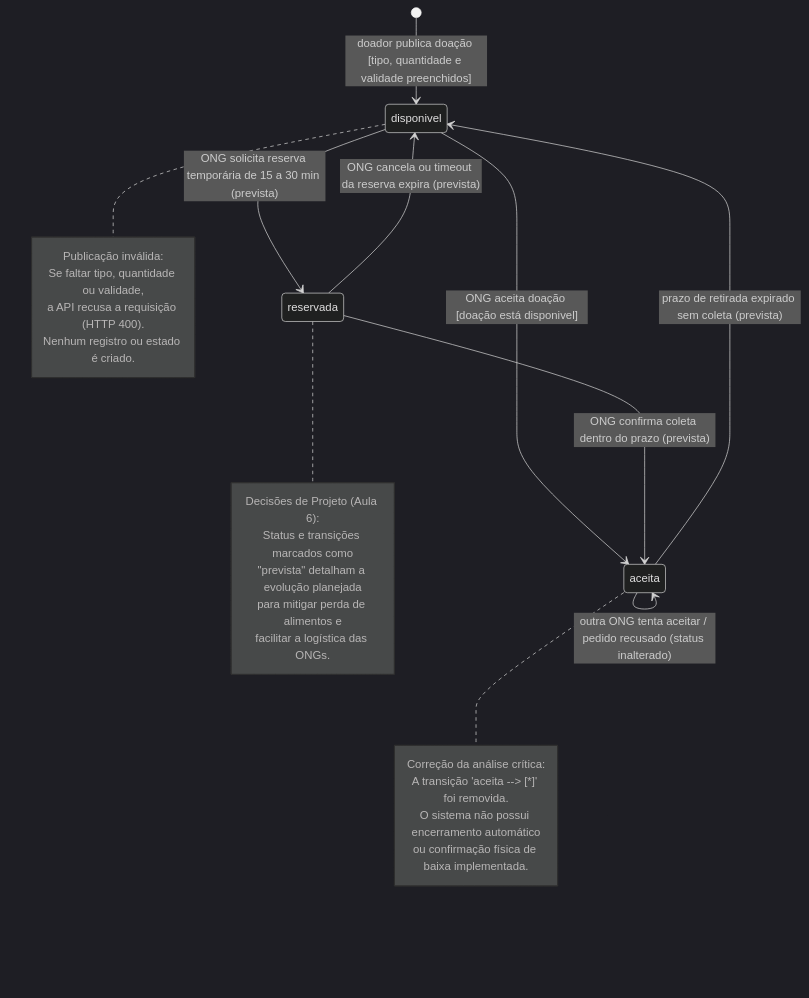
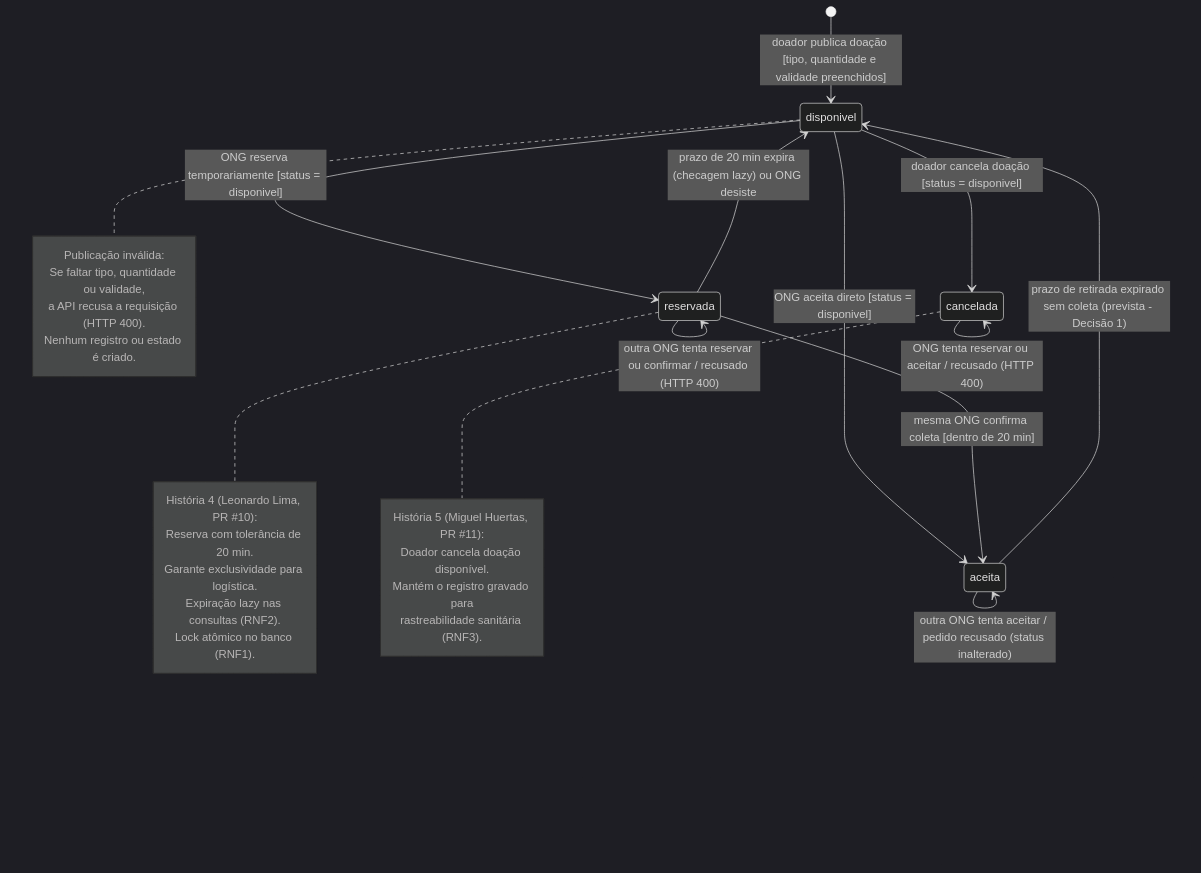
The diagram in docs/diagramas/estados-doacao.md (migueldufloth/g1126-template-prato-cheio), drawn with Mermaid (dark theme) before and after one commit. The commit also changed other lines of this file and 1 other file, not shown here.

Commit message:
docs(diagramas): consolida estados reservada e cancelada e uso de IA por Leonardo Loterio

````diff
--- a/docs/diagramas/estados-doacao.md
+++ b/docs/diagramas/estados-doacao.md
@@ -37,34 +44,39 @@
 ```mermaid
 stateDiagram-v2
     [*] --> disponivel : doador publica doação [tipo, quantidade e validade preenchidos]
 
     note right of disponivel
         Publicação inválida:
         Se faltar tipo, quantidade ou validade,
         a API recusa a requisição (HTTP 400).
         Nenhum registro ou estado é criado.
     end note
 
-    disponivel --> aceita : ONG aceita doação [doação está disponivel]
+    disponivel --> aceita : ONG aceita direto [status = disponivel]
     aceita --> aceita : outra ONG tenta aceitar / pedido recusado (status inalterado)
 
-    disponivel --> reservada : ONG solicita reserva temporária de 15 a 30 min (prevista)
-    reservada --> aceita : ONG confirma coleta dentro do prazo (prevista)
-    reservada --> disponivel : ONG cancela ou timeout da reserva expira (prevista)
-    aceita --> disponivel : prazo de retirada expirado sem coleta (prevista)
+    disponivel --> reservada : ONG reserva temporariamente [status = disponivel]
+    reservada --> aceita : mesma ONG confirma coleta [dentro de 20 min]
+    reservada --> disponivel : prazo de 20 min expira (checagem lazy) ou ONG desiste
+    reservada --> reservada : outra ONG tenta reservar ou confirmar / recusado (HTTP 400)
 
-    note right of aceita
-        Correção da análise crítica:
-        A transição 'aceita --> [*]' foi removida.
-        O sistema não possui encerramento automático
-        ou confirmação física de baixa implementada.
+    disponivel --> cancelada : doador cancela doação [status = disponivel]
+    cancelada --> cancelada : ONG tenta reservar ou aceitar / recusado (HTTP 400)
+
+    aceita --> disponivel : prazo de retirada expirado sem coleta (prevista - Decisão 1)
+
+    note right of reservada
+        História 4 (Leonardo Lima, PR #10):
+        Reserva com tolerância de 20 min.
+        Garante exclusividade para logística.
+        Expiração lazy nas consultas (RNF2).
+        Lock atômico no banco (RNF1).
     end note
 
-    note right of reservada
-        Decisões de Projeto (Aula 6):
-        Status e transições marcados como
-        "prevista" detalham a evolução planejada
-        para mitigar perda de alimentos e
-        facilitar a logística das ONGs.
+    note right of cancelada
+        História 5 (Miguel Huertas, PR #11):
+        Doador cancela doação disponível.
+        Mantém o registro gravado para
+        rastreabilidade sanitária (RNF3).
     end note
 ```
````
